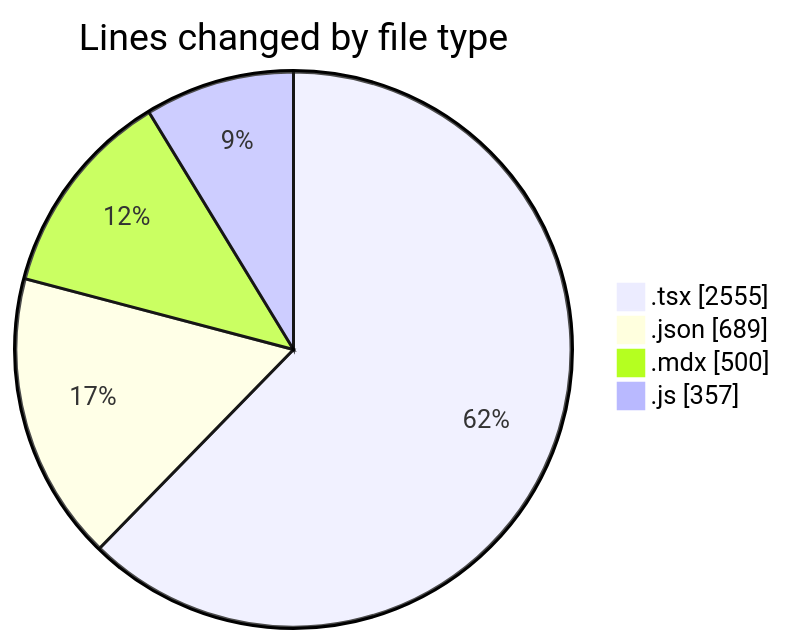
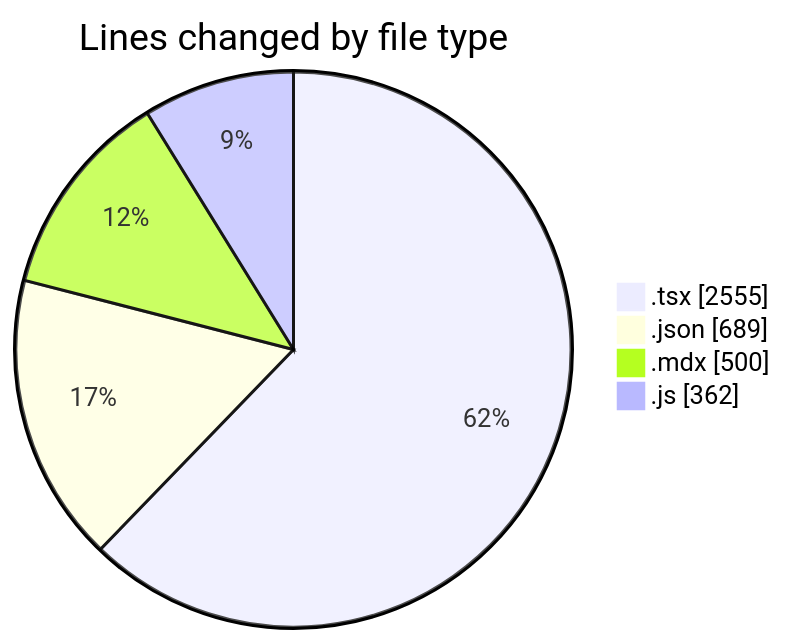
The first of 2 diagrams in 2026-01-12/cda/README.md (momahboobian/code-tracking), drawn with Mermaid before and after one commit. The commit also changed other lines of this file and 1 other file, not shown here.

````diff
--- a/2026-01-12/cda/README.md
+++ b/2026-01-12/cda/README.md
@@ -30,8 +30,8 @@
 ```mermaid
 pie showData
 title Lines changed by file type
 ".tsx" : 2555
 ".json" : 689
 ".mdx" : 500
-".js" : 357
+".js" : 362
 ```
````
